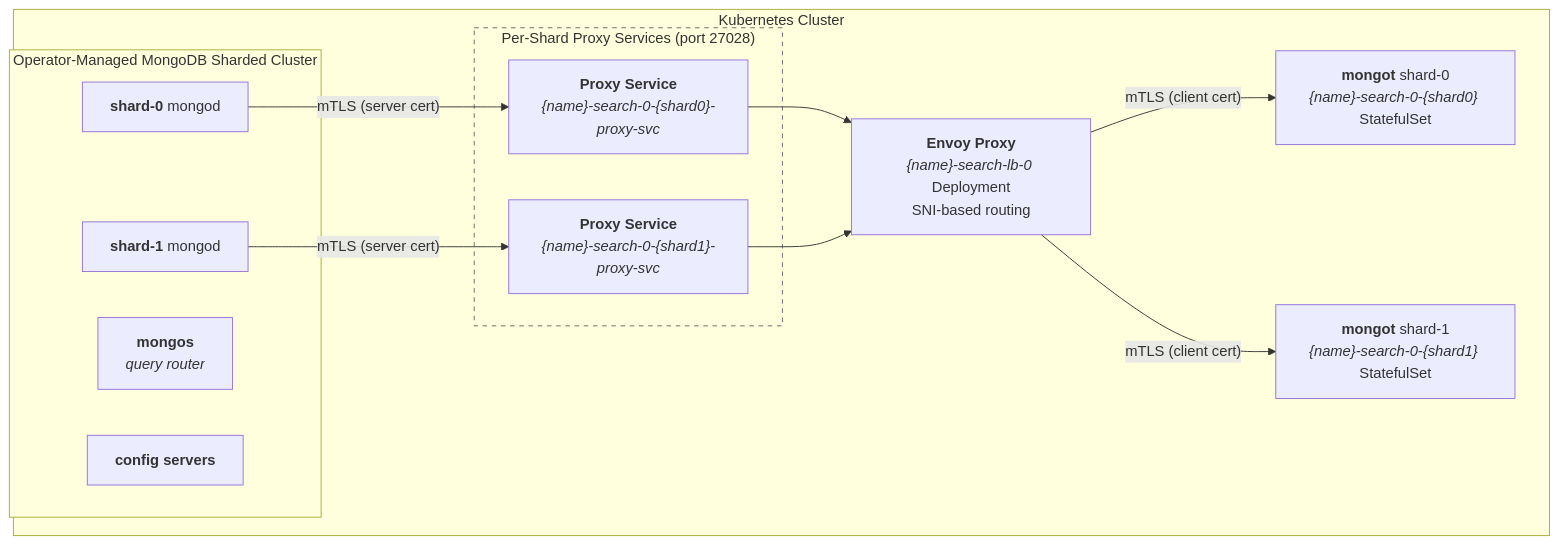
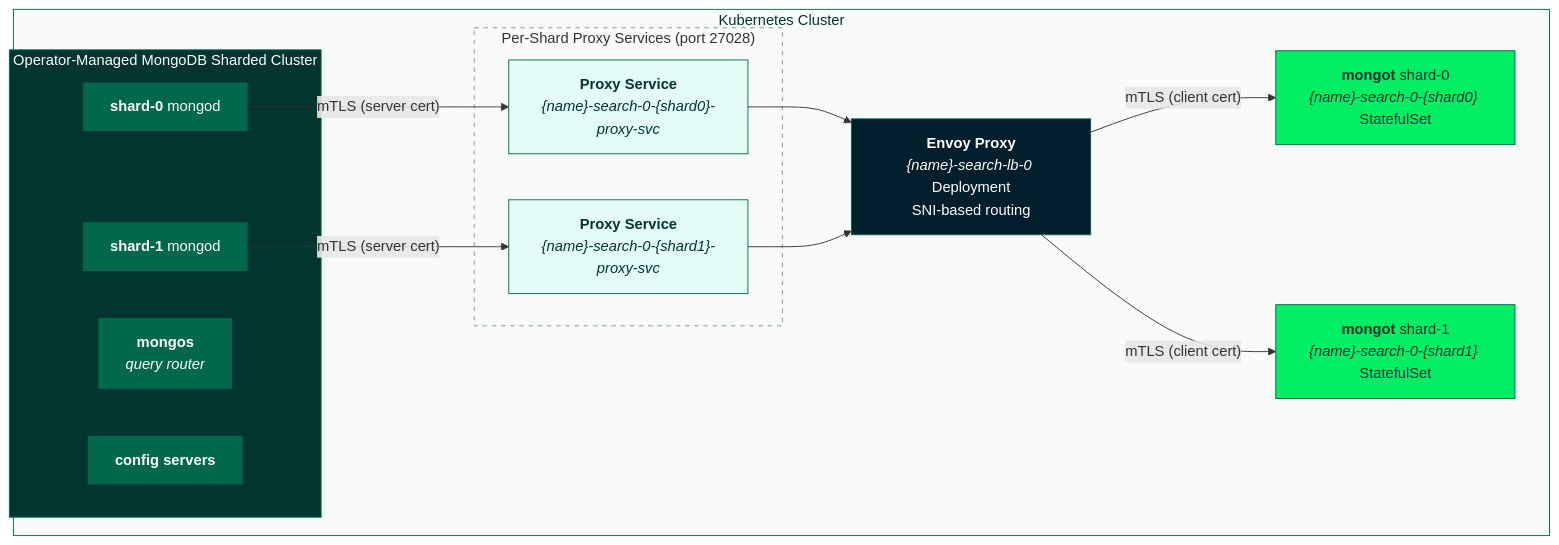
Before and after one commit to mongodb/mongodb-kubernetes: the first of 2 diagrams in docs/search/09-search-sharded-mongod-managed-lb/README.md, drawn with Mermaid. The commit also changed other lines of this file and 3 other files, not shown here.

Commit message:
Style Mermaid diagrams with MongoDB brand colors

````diff
--- a/docs/search/09-search-sharded-mongod-managed-lb/README.md
+++ b/docs/search/09-search-sharded-mongod-managed-lb/README.md
@@ -23,30 +23,42 @@
 ```mermaid
 graph TD
     subgraph k8s["Kubernetes Cluster"]
         subgraph mdb["Operator-Managed MongoDB Sharded Cluster"]
             mongos["<b>mongos</b><br/><i>query router</i>"]
             s0["<b>shard-0</b> mongod"]
             s1["<b>shard-1</b> mongod"]
             cfg["<b>config servers</b>"]
         end
 
         subgraph proxy["Per-Shard Proxy Services (port 27028)"]
             ps0["<b>Proxy Service</b><br/><i>{name}-search-0-{shard0}-proxy-svc</i>"]
             ps1["<b>Proxy Service</b><br/><i>{name}-search-0-{shard1}-proxy-svc</i>"]
         end
 
         envoy["<b>Envoy Proxy</b><br/><i>{name}-search-lb-0</i> Deployment<br/>SNI-based routing"]
 
         m0["<b>mongot</b> shard-0<br/><i>{name}-search-0-{shard0}</i> StatefulSet"]
         m1["<b>mongot</b> shard-1<br/><i>{name}-search-0-{shard1}</i> StatefulSet"]
     end
 
     s0 -- "mTLS (server cert)" --> ps0
     s1 -- "mTLS (server cert)" --> ps1
     ps0 --> envoy
     ps1 --> envoy
     envoy -- "mTLS (client cert)" --> m0
     envoy -- "mTLS (client cert)" --> m1
 
-    style proxy fill:none,stroke:#666,stroke-dasharray:5 5
+    classDef mongod fill:#00684A,stroke:#023430,color:#fff
+    classDef mongot fill:#00ED64,stroke:#00684A,color:#023430
+    classDef envoyNode fill:#001E2B,stroke:#00684A,color:#fff
+    classDef svc fill:#E3FCF7,stroke:#00684A,color:#023430
+
+    class mongos,s0,s1,cfg mongod
+    class m0,m1 mongot
+    class envoy envoyNode
+    class ps0,ps1 svc
+
+    style k8s fill:#F9FBFA,stroke:#00684A,color:#023430
+    style mdb fill:#023430,stroke:#00684A,color:#fff
+    style proxy fill:none,stroke:#889397,stroke-dasharray:5 5
 ```
````
